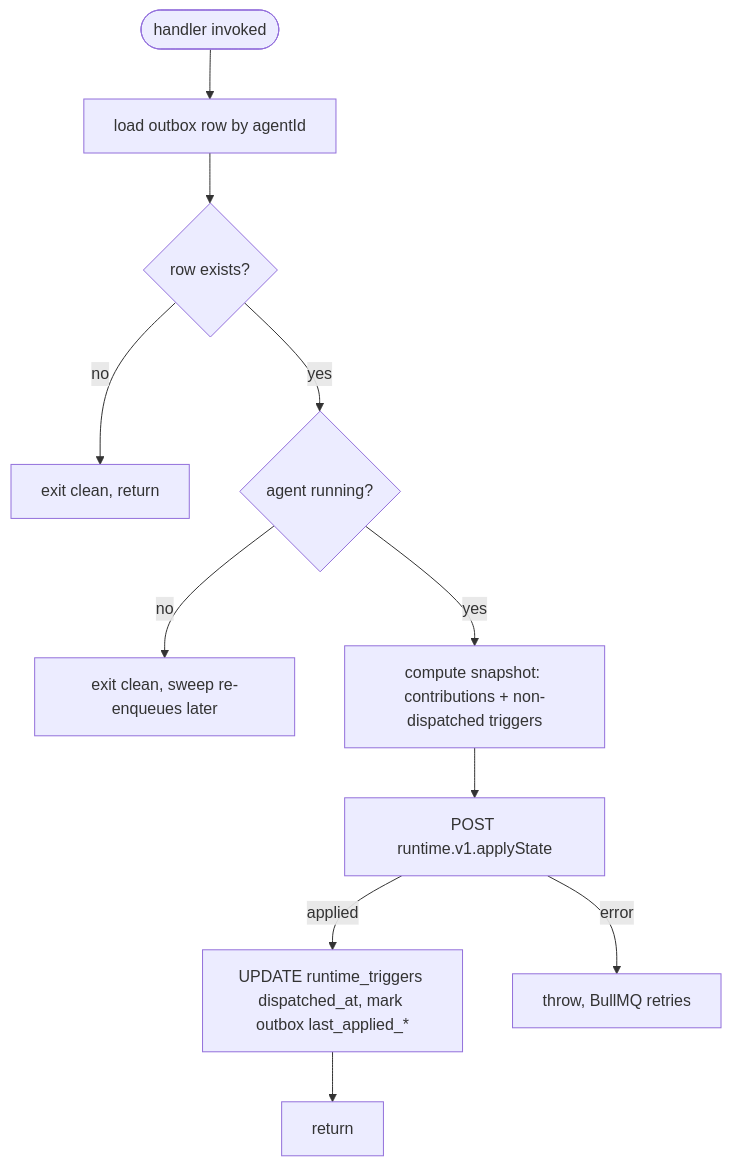
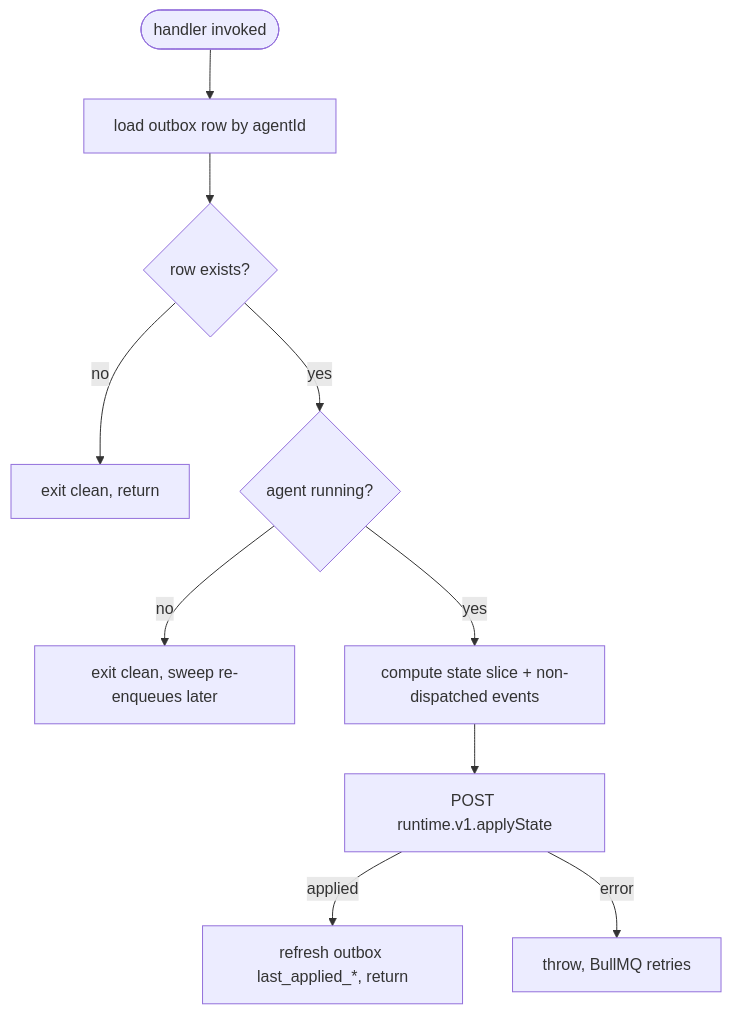
Before and after one commit to dam-agents/dam: the sixth of 6 diagrams in docs/architecture/connections.md, drawn with Mermaid. The commit also changed other lines of this file and 4 other files, not shown here.

First line of the commit message:
docs: split runtime channel payload into state + events slices

````diff
--- a/docs/architecture/connections.md
+++ b/docs/architecture/connections.md
@@ -386,22 +424,21 @@
 ```mermaid
 flowchart TD
   handlerStart([handler invoked])
   load[load outbox row by agentId]
   exists{row exists?}
   noop[exit clean, return]
   check{agent running?}
   defer[exit clean, sweep re-enqueues later]
-  compute[compute snapshot: contributions + non-dispatched triggers]
+  compute[compute state slice + non-dispatched events]
   dispatch[POST runtime.v1.applyState]
-  mark[UPDATE runtime_triggers dispatched_at, mark outbox last_applied_*]
-  ok[return]
+  ok[refresh outbox last_applied_*, return]
   fail[throw, BullMQ retries]
 
   handlerStart --> load --> exists
   exists -->|no| noop
   exists -->|yes| check
   check -->|no| defer
   check -->|yes| compute --> dispatch
-  dispatch -->|applied| mark --> ok
+  dispatch -->|applied| ok
   dispatch -->|error| fail
 ```
````
